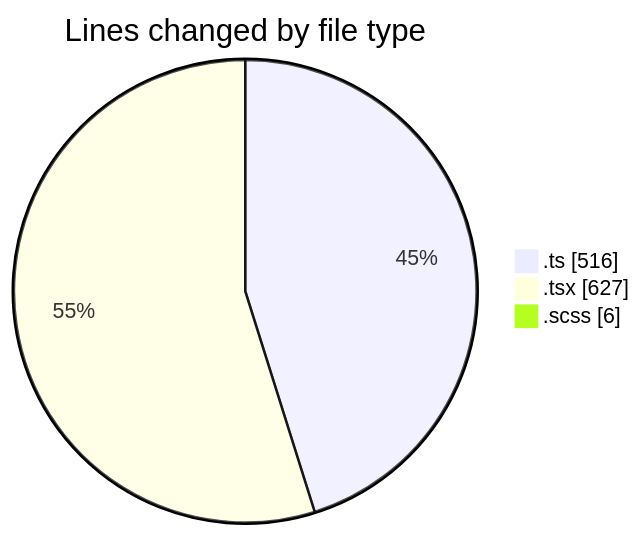
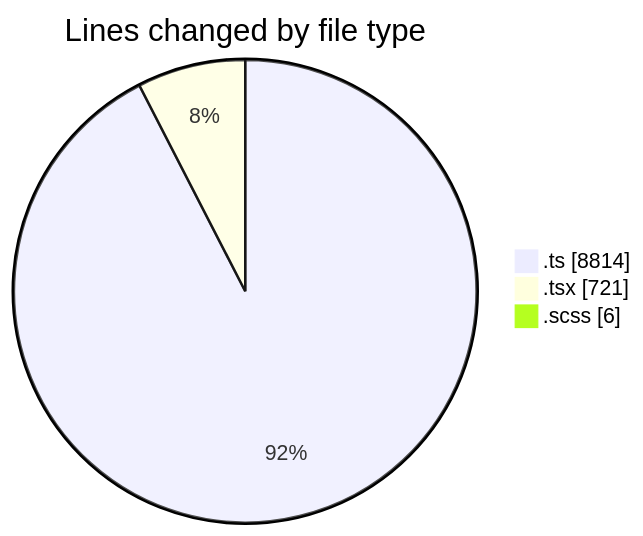
The first of 2 diagrams in 2026-03-17/cda/README.md (momahboobian/code-tracking), drawn with Mermaid before and after one commit. The commit also changed other lines of this file and 1 other file, not shown here.

````diff
--- a/2026-03-17/cda/README.md
+++ b/2026-03-17/cda/README.md
@@ -25,7 +26,7 @@
 ```mermaid
 pie showData
 title Lines changed by file type
-".ts" : 516
-".tsx" : 627
+".ts" : 8814
+".tsx" : 721
 ".scss" : 6
 ```
````
